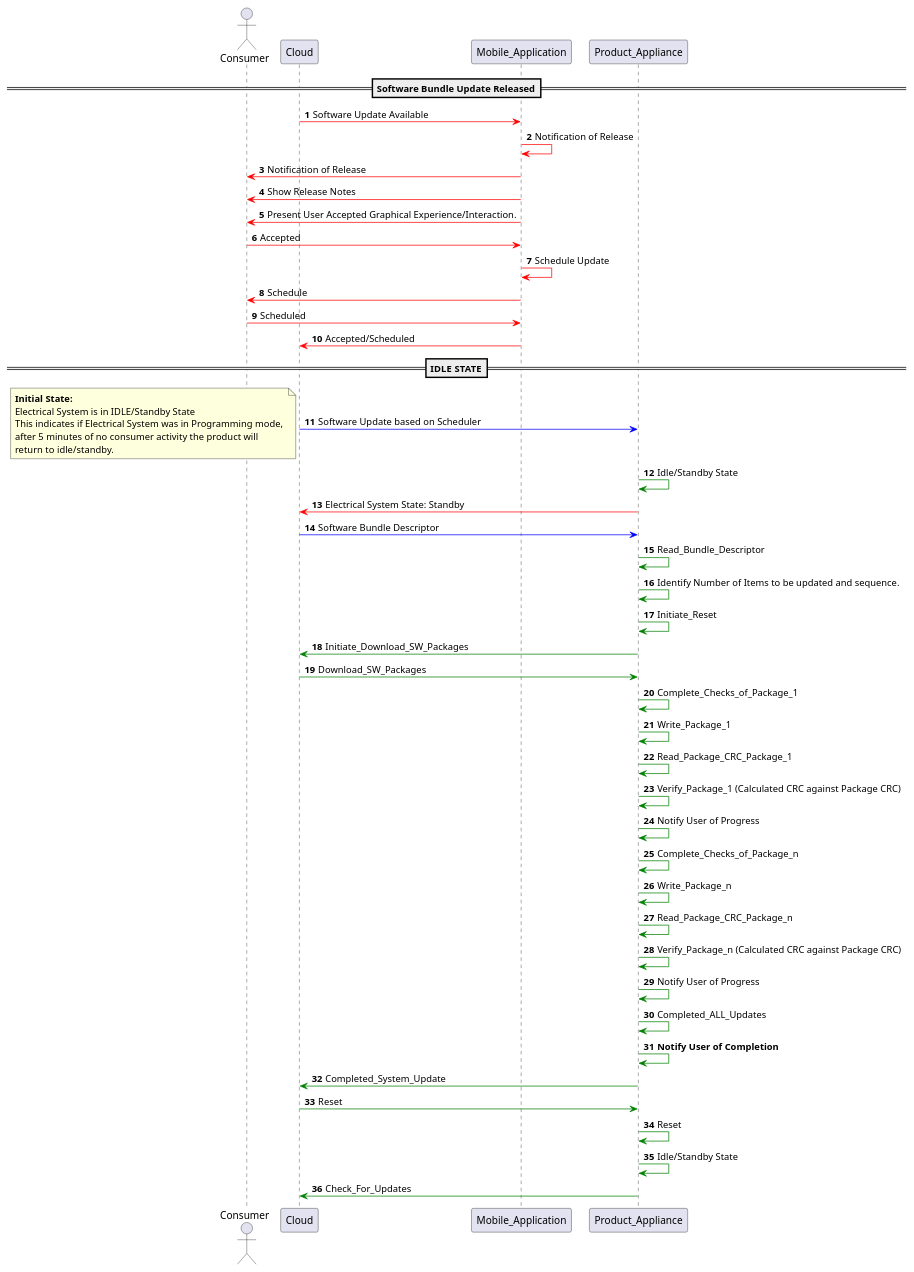
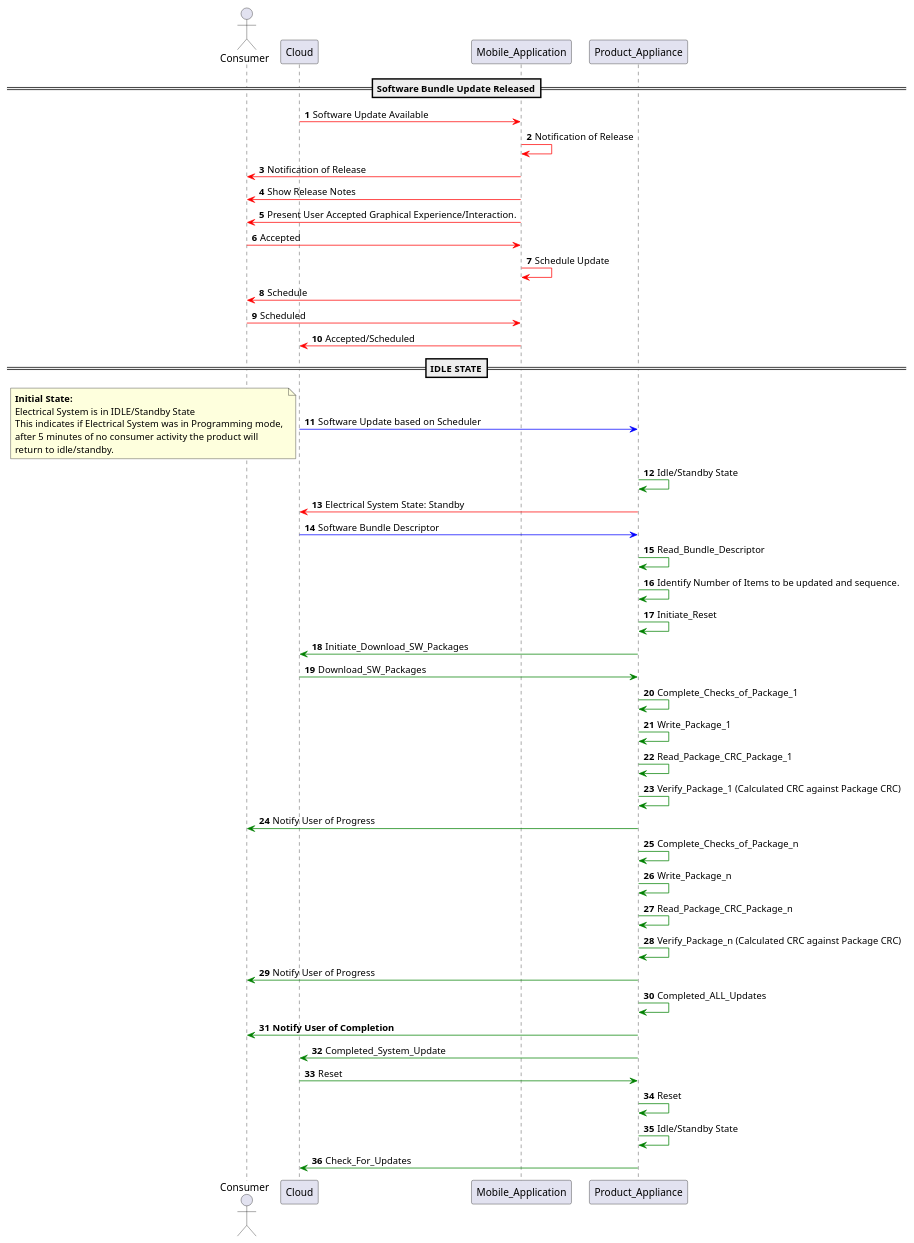
The diagram in Over the Air Updates/Document Formats/user_interaction_sequence_diagram.wsd (wjelston/wallaceelston.github.io), drawn with PlantUML before and after one commit. The commit also changed 1 other file, not shown here.

Commit message:
Linked consumer notification in UML

```diff
--- a/Over the Air Updates/Document Formats/user_interaction_sequence_diagram.wsd
+++ b/Over the Air Updates/Document Formats/user_interaction_sequence_diagram.wsd
@@ -1,52 +1,53 @@
 @startuml user_interaction_sequence
 
     autonumber
     actor Consumer
+    
     ==Software Bundle Update Released==
     Cloud -[#red]> Mobile_Application : Software Update Available
     Mobile_Application -[#red]> Mobile_Application : Notification of Release
     Mobile_Application -[#red]> Consumer : Notification of Release
     Mobile_Application -[#red]> Consumer : Show Release Notes
     Mobile_Application -[#red]> Consumer : Present User Accepted Graphical Experience/Interaction.
     Consumer -[#red]> Mobile_Application : Accepted
     Mobile_Application -[#red]> Mobile_Application : Schedule Update
     Mobile_Application -[#red]> Consumer : Schedule
     Consumer -[#red]> Mobile_Application : Scheduled
     Mobile_Application -[#red]> Cloud : Accepted/Scheduled
 
     ==IDLE STATE==
 
     Cloud -[#blue]> Product_Appliance: Software Update based on Scheduler
     note left 
     **Initial State:**
     Electrical System is in IDLE/Standby State
     This indicates if Electrical System was in Programming mode, 
     after 5 minutes of no consumer activity the product will 
     return to idle/standby.
     end note
     Product_Appliance -[#Green]> Product_Appliance : Idle/Standby State
     Product_Appliance -[#red]> Cloud: Electrical System State: Standby
     Cloud -[#blue]> Product_Appliance: Software Bundle Descriptor
     Product_Appliance -[#Green]> Product_Appliance : Read_Bundle_Descriptor
     Product_Appliance -[#Green]> Product_Appliance : Identify Number of Items to be updated and sequence.
     Product_Appliance -[#Green]> Product_Appliance : Initiate_Reset
     Product_Appliance -[#Green]> Cloud : Initiate_Download_SW_Packages
     Cloud -[#Green]> Product_Appliance : Download_SW_Packages
     Product_Appliance -[#Green]> Product_Appliance : Complete_Checks_of_Package_1
     Product_Appliance -[#Green]> Product_Appliance : Write_Package_1
     Product_Appliance -[#Green]> Product_Appliance : Read_Package_CRC_Package_1
     Product_Appliance -[#Green]> Product_Appliance : Verify_Package_1 (Calculated CRC against Package CRC)
-    Product_Appliance -[#Green]> Product_Appliance : Notify User of Progress
+    Product_Appliance -[#Green]> Consumer : Notify User of Progress
     Product_Appliance -[#Green]> Product_Appliance : Complete_Checks_of_Package_n
     Product_Appliance -[#Green]> Product_Appliance : Write_Package_n
     Product_Appliance -[#Green]> Product_Appliance : Read_Package_CRC_Package_n
     Product_Appliance -[#Green]> Product_Appliance : Verify_Package_n (Calculated CRC against Package CRC)
-    Product_Appliance -[#Green]> Product_Appliance : Notify User of Progress
+    Product_Appliance -[#Green]> Consumer : Notify User of Progress
     Product_Appliance -[#Green]> Product_Appliance : Completed_ALL_Updates
-    Product_Appliance -[#Green]> Product_Appliance : **Notify User of Completion**
+    Product_Appliance -[#Green]> Consumer : **Notify User of Completion**
     Product_Appliance -[#Green]> Cloud : Completed_System_Update
     Cloud -[#Green]> Product_Appliance: Reset
     Product_Appliance -[#Green]> Product_Appliance : Reset
     Product_Appliance -[#Green]> Product_Appliance : Idle/Standby State
     Product_Appliance -[#Green]> Cloud : Check_For_Updates
 @enduml
```
